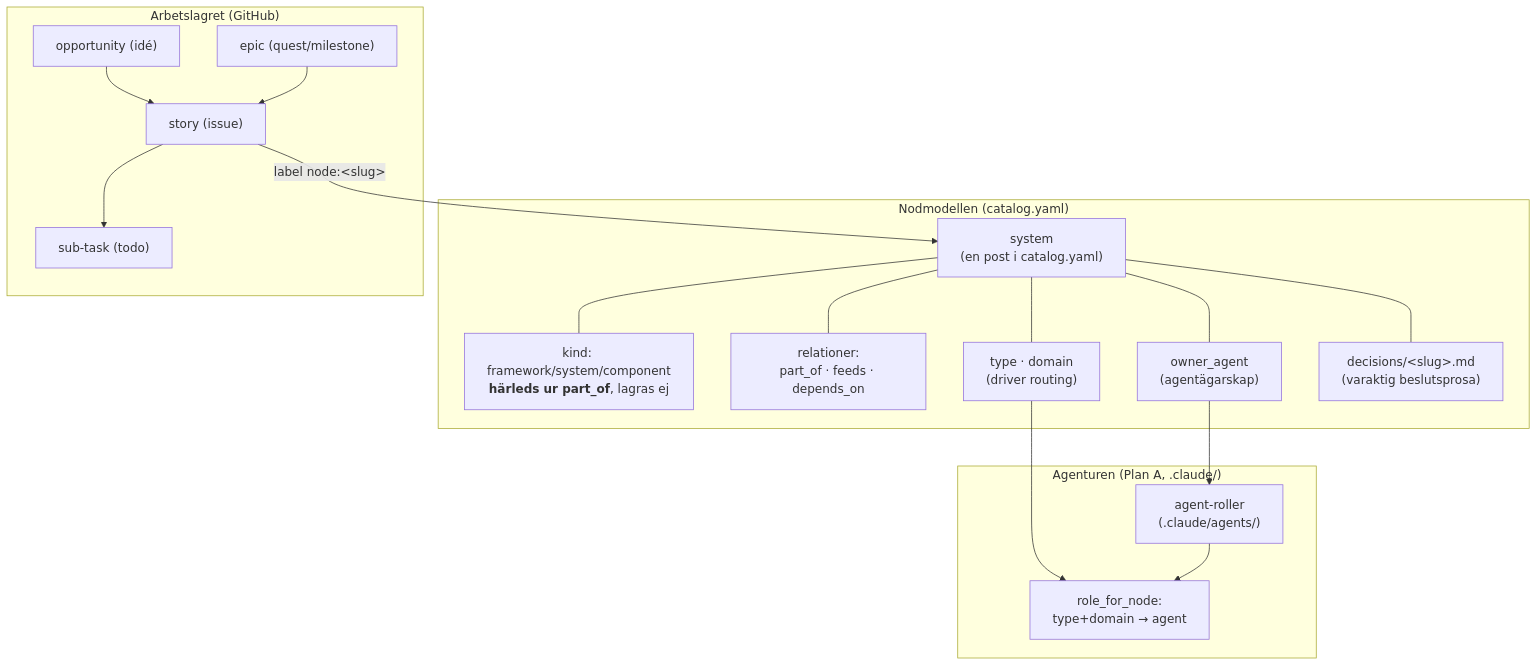
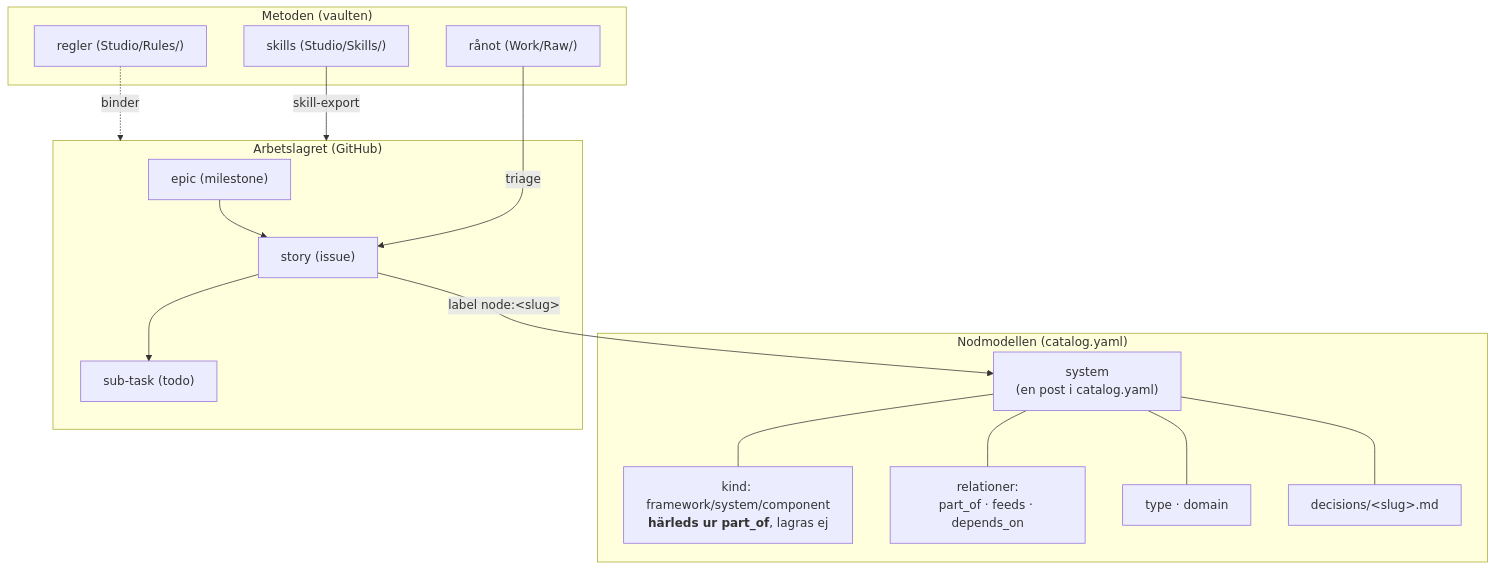
One commit to Cortxt-io/Project-CNS changed the third of 3 diagrams in ORIENTERING.md. Above: the diagram before and after it, drawn with Mermaid. The commit also changed other lines of this file and 388 other files, not shown here.

````diff
--- a/ORIENTERING.md
+++ b/ORIENTERING.md
@@ -139,36 +101,33 @@
 ```mermaid
 flowchart TB
     subgraph MODELL["Nodmodellen (catalog.yaml)"]
         SYS["system<br/>(en post i catalog.yaml)"]
         KIND["kind: framework/system/component<br/><b>härleds ur part_of</b>, lagras ej"]
         REL["relationer:<br/>part_of · feeds · depends_on"]
-        CLASS["type · domain<br/>(driver routing)"]
-        OWN["owner_agent<br/>(agentägarskap)"]
-        ADR["decisions/&lt;slug&gt;.md<br/>(varaktig beslutsprosa)"]
-    end
-
-    subgraph AGENTUR["Agenturen (Plan A, .claude/)"]
-        AG["agent-roller<br/>(.claude/agents/)"]
-        ROUTE["role_for_node:<br/>type+domain → agent"]
+        CLASS["type · domain"]
+        ADR["decisions/&lt;slug&gt;.md"]
     end
 
     subgraph ARBETE["Arbetslagret (GitHub)"]
-        OPP["opportunity (idé)"]
-        EPIC["epic (quest/milestone)"]
+        EPIC["epic (milestone)"]
         STORY["story (issue)"]
         SUB["sub-task (todo)"]
+    end
+
+    subgraph METOD["Metoden (vaulten)"]
+        RAW["rånot (Work/Raw/)"]
+        RULE["regler (Studio/Rules/)"]
+        SKILL["skills (Studio/Skills/)"]
     end
 
     SYS --- KIND
     SYS --- REL
     SYS --- CLASS
-    SYS --- OWN
     SYS --- ADR
-    OWN --> AG
-    CLASS --> ROUTE
-    AG --> ROUTE
     STORY -->|"label node:&lt;slug&gt;"| SYS
-    OPP --> STORY
     EPIC --> STORY
     STORY --> SUB
+    RAW -->|"triage"| STORY
+    RULE -.->|"binder"| ARBETE
+    SKILL -->|"skill-export"| ARBETE
 ```
````
